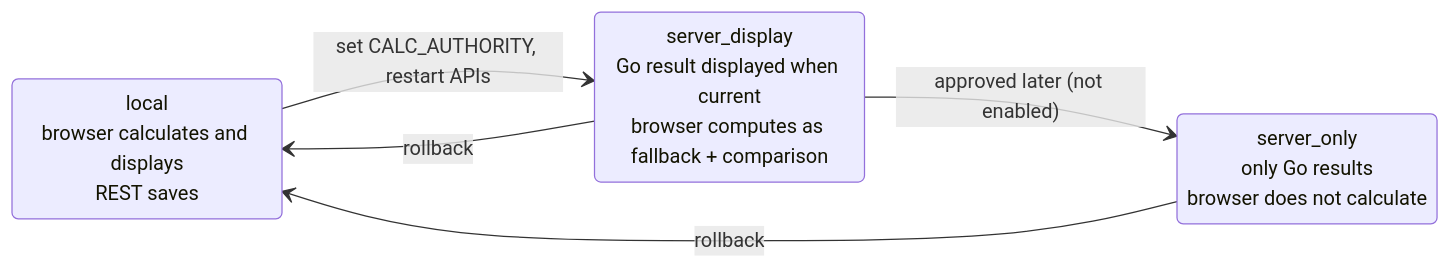
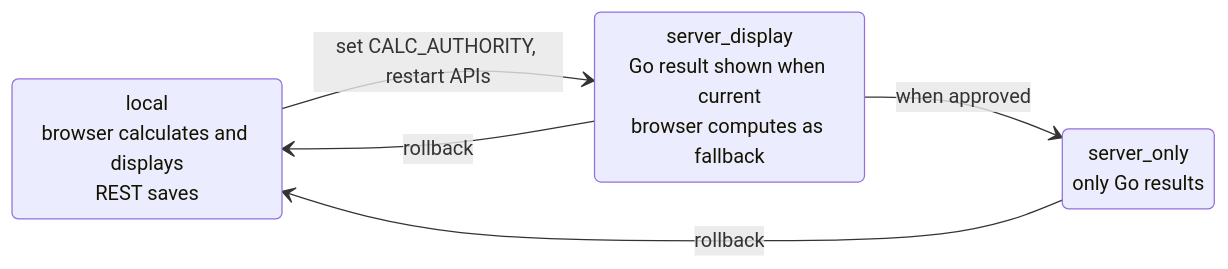
Before and after one commit to Animesh-na/NM-Deploy: the second of 10 diagrams in ARCHITECTURE.md, drawn with Mermaid. The commit also changed other lines of this file and 15 other files, not shown here.

````diff
--- a/ARCHITECTURE.md
+++ b/ARCHITECTURE.md
@@ -100,11 +117,11 @@
 ```mermaid
 stateDiagram-v2
   direction LR
   local: local<br/>browser calculates and displays<br/>REST saves
-  display: server_display<br/>Go result displayed when current<br/>browser computes as fallback + comparison
-  only: server_only<br/>only Go results<br/>browser does not calculate
+  display: server_display<br/>Go result shown when current<br/>browser computes as fallback
+  only: server_only<br/>only Go results
   local --> display: set CALC_AUTHORITY, restart APIs
-  display --> only: approved later (not enabled)
+  display --> only: when approved
   display --> local: rollback
   only --> local: rollback
 ```
````
